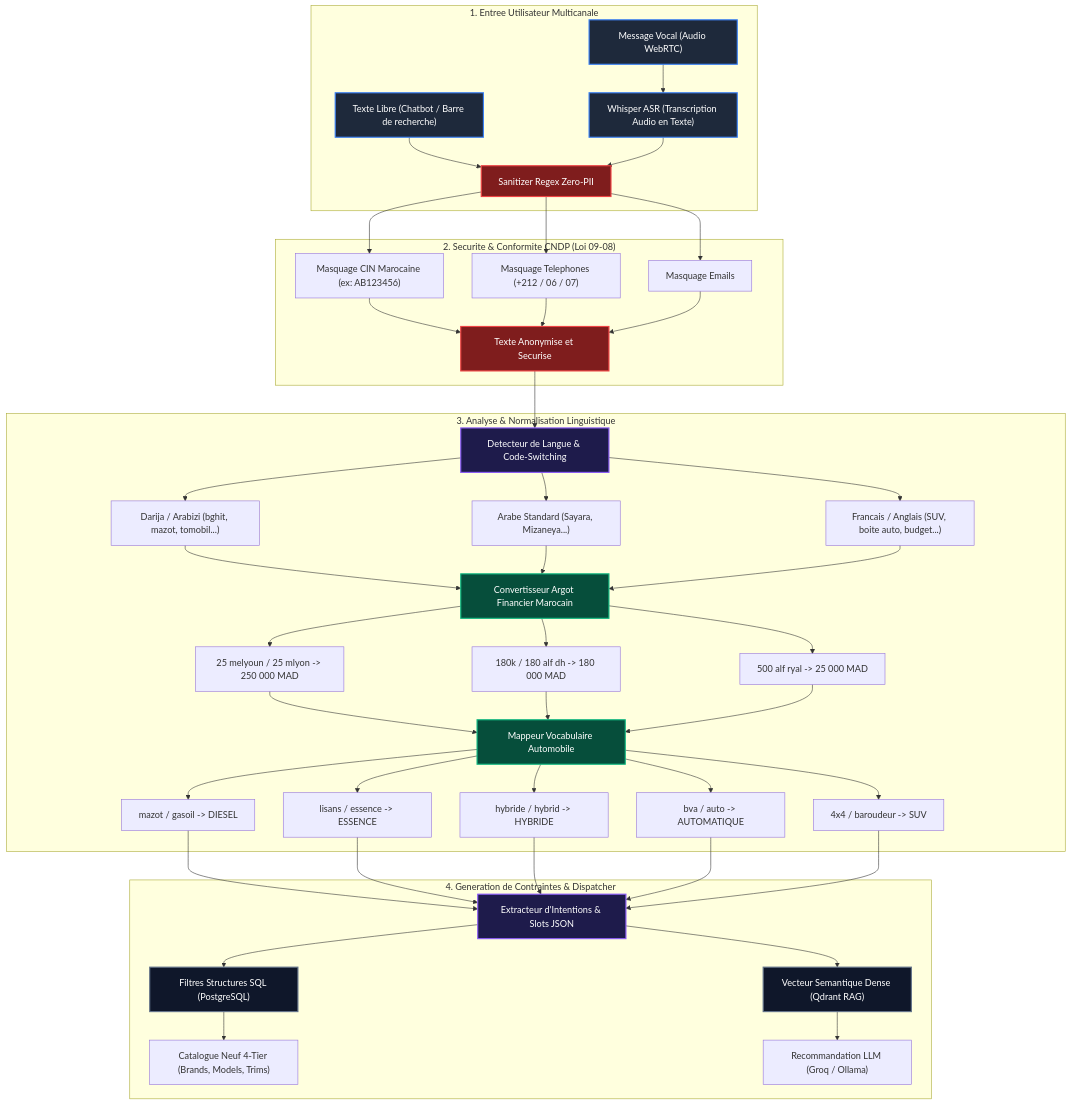
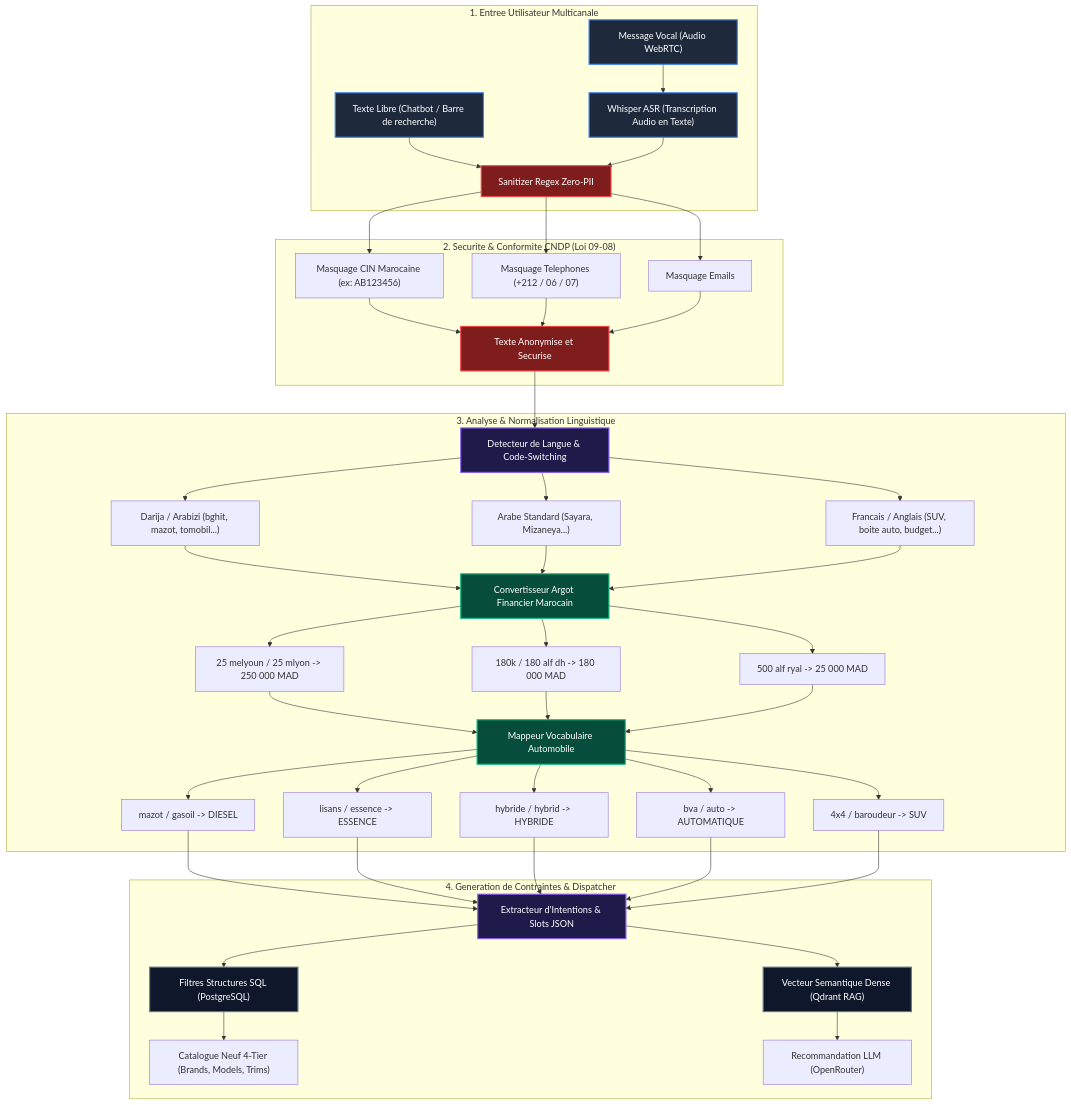
Before and after one commit to soubaibiomar/wakala: the diagram in docs/diagrams/nlp_pipeline_multilingual.md, drawn with Mermaid. The commit also changed 202 other files, not shown here.

Commit message:
feat: prepare for cloud deployment – Neon, Qdrant Cloud, OpenRouter fallback, remove Ollama

````diff
--- a/docs/diagrams/nlp_pipeline_multilingual.md
+++ b/docs/diagrams/nlp_pipeline_multilingual.md
@@ -3,69 +3,69 @@
 ```mermaid
 flowchart TD
     classDef inputNode fill:#1e293b,stroke:#3b82f6,stroke-width:2px,color:#ffffff;
     classDef piiNode fill:#7f1d1d,stroke:#ef4444,stroke-width:2px,color:#ffffff;
     classDef nlpNode fill:#1e1b4b,stroke:#8b5cf6,stroke-width:2px,color:#ffffff;
     classDef normNode fill:#064e3b,stroke:#10b981,stroke-width:2px,color:#ffffff;
     classDef queryNode fill:#0f172a,stroke:#64748b,stroke-width:2px,color:#ffffff;
 
     subgraph INGRESS["1. Entree Utilisateur Multicanale"]
         A1["Texte Libre (Chatbot / Barre de recherche)"]:::inputNode
         A2["Message Vocal (Audio WebRTC)"]:::inputNode
         A3["Whisper ASR (Transcription Audio en Texte)"]:::inputNode
         A2 --> A3
         A1 --> B
         A3 --> B
     end
 
     subgraph PII_SECURITY["2. Securite & Conformite CNDP (Loi 09-08)"]
         B["Sanitizer Regex Zero-PII"]:::piiNode
         B1["Masquage CIN Marocaine (ex: AB123456)"]
         B2["Masquage Telephones (+212 / 06 / 07)"]
         B3["Masquage Emails"]
         B --> B1
         B --> B2
         B --> B3
         B1 --> C["Texte Anonymise et Securise"]:::piiNode
         B2 --> C
         B3 --> C
     end
 
     subgraph MOROCCAN_NLP["3. Analyse & Normalisation Linguistique"]
         C --> D["Detecteur de Langue & Code-Switching"]:::nlpNode
         D --> D1["Darija / Arabizi (bghit, mazot, tomobil...)"]
         D --> D2["Arabe Standard (Sayara, Mizaneya...)"]
         D --> D3["Francais / Anglais (SUV, boite auto, budget...)"]
         
         D1 --> E["Convertisseur Argot Financier Marocain"]:::normNode
         D2 --> E
         D3 --> E
         
         E --> E1["25 melyoun / 25 mlyon -> 250 000 MAD"]
         E --> E2["180k / 180 alf dh -> 180 000 MAD"]
         E --> E3["500 alf ryal -> 25 000 MAD"]
         
         E1 --> F["Mappeur Vocabulaire Automobile"]:::normNode
         E2 --> F
         E3 --> F
         
         F --> F1["mazot / gasoil -> DIESEL"]
         F --> F2["lisans / essence -> ESSENCE"]
         F --> F3["hybride / hybrid -> HYBRIDE"]
         F --> F4["bva / auto -> AUTOMATIQUE"]
         F --> F5["4x4 / baroudeur -> SUV"]
     end
 
     subgraph OUTPUT_DISPATCH["4. Generation de Contraintes & Dispatcher"]
         F1 --> G["Extracteur d'Intentions & Slots JSON"]:::nlpNode
         F2 --> G
         F3 --> G
         F4 --> G
         F5 --> G
         
         G --> H1["Filtres Structures SQL (PostgreSQL)"]:::queryNode
         G --> H2["Vecteur Semantique Dense (Qdrant RAG)"]:::queryNode
         
         H1 --> I["Catalogue Neuf 4-Tier (Brands, Models, Trims)"]
-        H2 --> J["Recommandation LLM (Groq / Ollama)"]
+        H2 --> J["Recommandation LLM (OpenRouter)"]
     end
 ```
````
